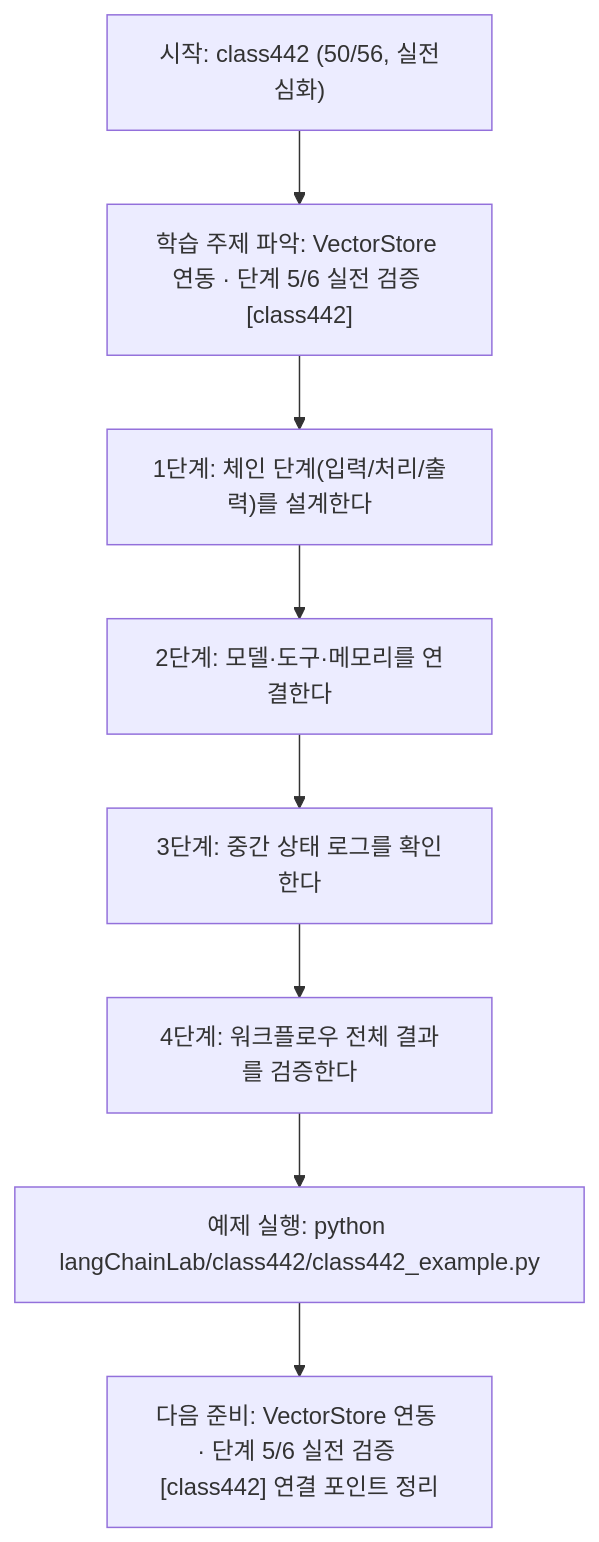
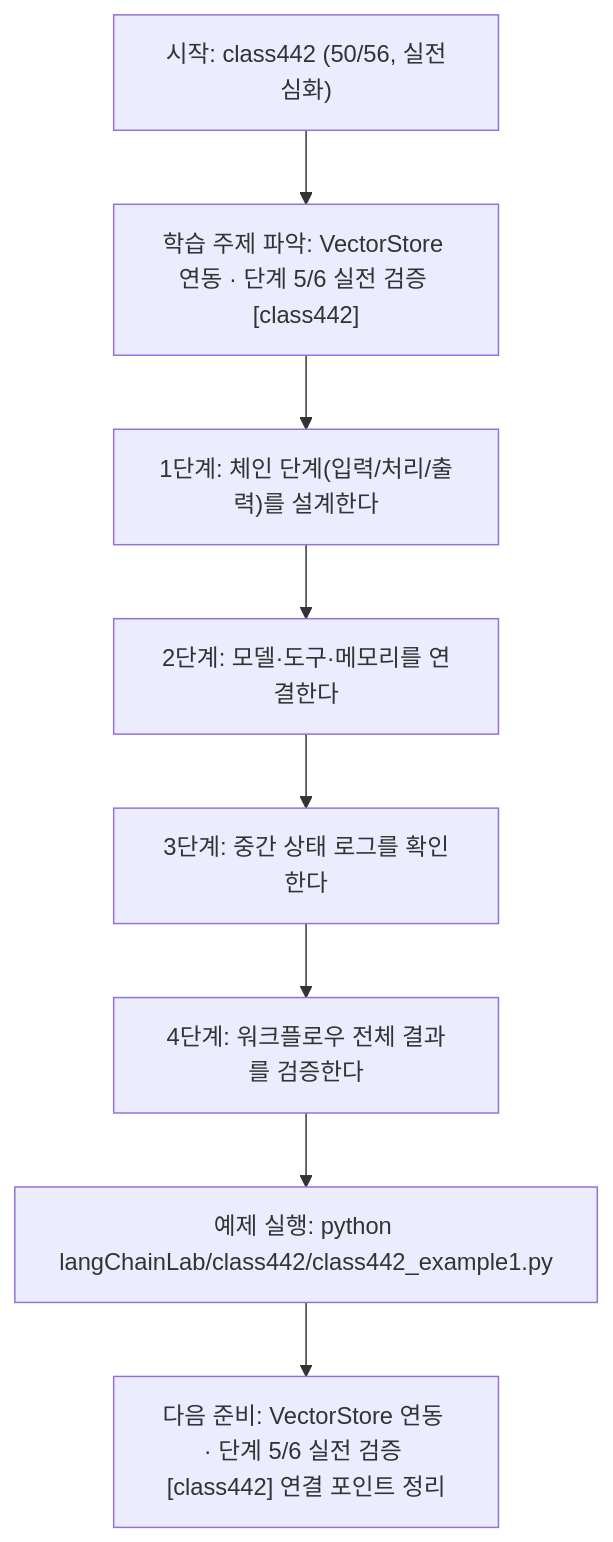
The diagram in langChainLab/class442/class442.md (edumgt/Python-AI_Agent-Class), drawn with Mermaid before and after one commit. The commit also changed other lines of this file and 2959 other files, not shown here.

````diff
--- a/langChainLab/class442/class442.md
+++ b/langChainLab/class442/class442.md
@@ -109,18 +109,18 @@
 ```mermaid
 flowchart TD
 N1["시작: class442 (50/56, 실전심화)"]
 N2["학습 주제 파악: VectorStore 연동 · 단계 5/6 실전 검증 [class442]"]
 N3["1단계: 체인 단계(입력/처리/출력)를 설계한다"]
 N4["2단계: 모델·도구·메모리를 연결한다"]
 N5["3단계: 중간 상태 로그를 확인한다"]
 N6["4단계: 워크플로우 전체 결과를 검증한다"]
-N7["예제 실행: python langChainLab/class442/class442_example.py"]
+N7["예제 실행: python langChainLab/class442/class442_example1.py"]
 N8["다음 준비: VectorStore 연동 · 단계 5/6 실전 검증 [class442] 연결 포인트 정리"]
 N1 --> N2
 N2 --> N3
 N3 --> N4
 N4 --> N5
 N5 --> N6
 N6 --> N7
 N7 --> N8
 ```
````
